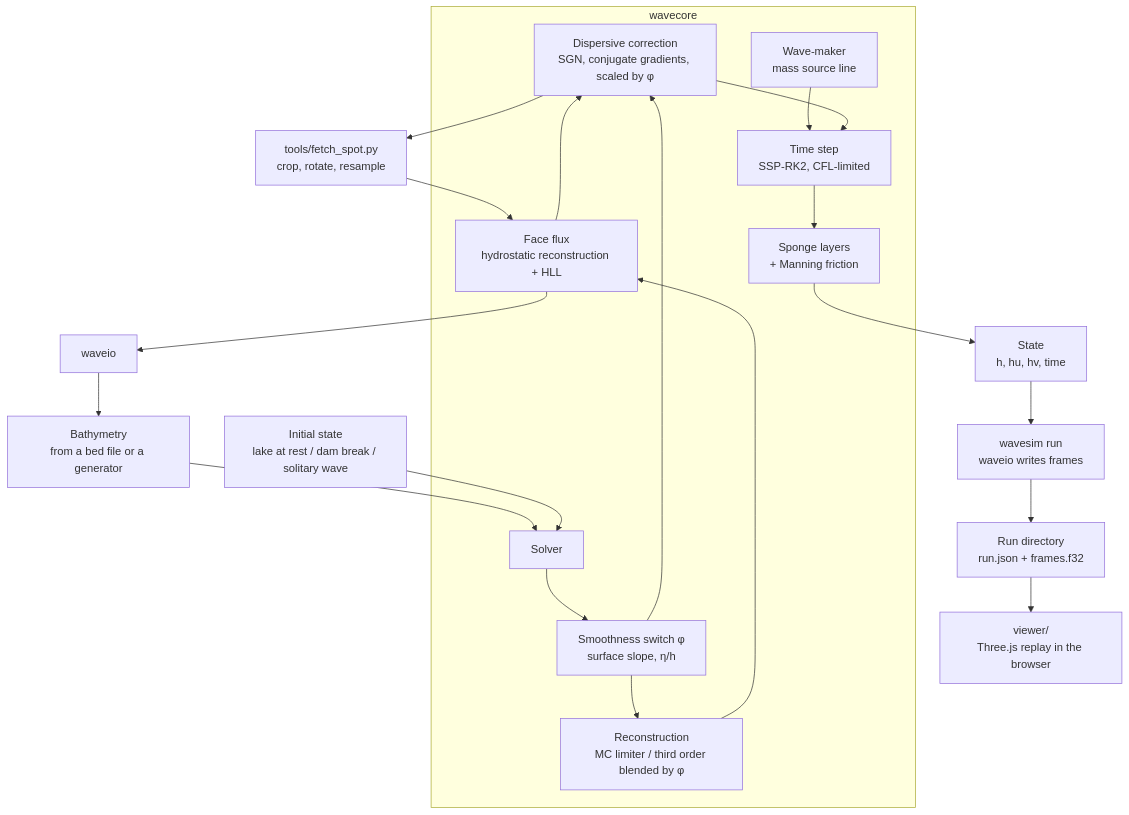
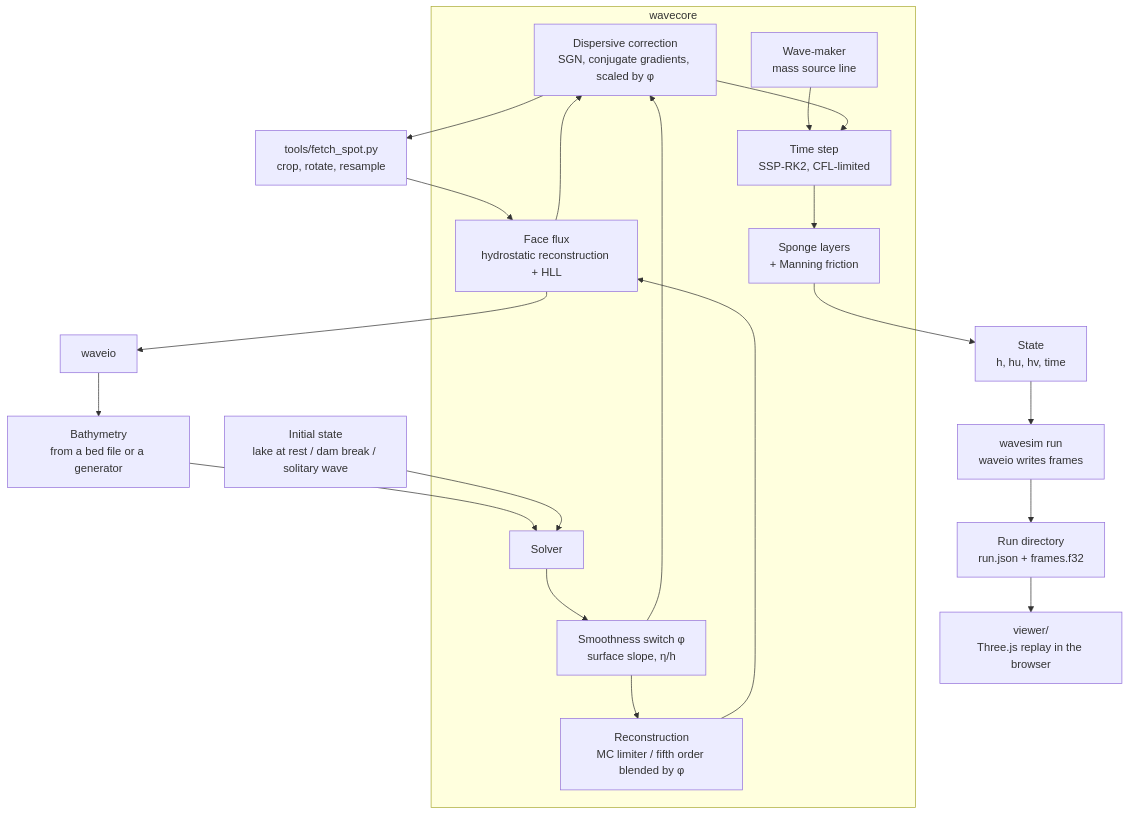
One commit to mlaegn/wavesim changed the diagram in README.md. Above: the diagram before and after it, drawn with Mermaid. The commit also changed other lines of this file and 21 other files, not shown here.

Commit message:
Guard runs against long CPU use, fifth-order reconstruction, two-grid runs

````diff
--- a/README.md
+++ b/README.md
@@ -56,23 +56,23 @@
 ```mermaid
 graph TD
     G[Remote GeoTIFF<br/>NOAA CUDEM] --> T[tools/fetch_spot.py<br/>crop, rotate, resample]
     T --> F[Bed file<br/>JSON + f32]
     F --> IO[waveio]
     IO --> B
     B[Bathymetry<br/>from a bed file or a generator] --> S
     I[Initial state<br/>lake at rest / dam break / solitary wave] --> S
     subgraph wavecore
         S[Solver] --> P[Smoothness switch φ<br/>surface slope, η/h]
-        P --> M[Reconstruction<br/>MC limiter / third order blended by φ]
+        P --> M[Reconstruction<br/>MC limiter / fifth order blended by φ]
         M --> F[Face flux<br/>hydrostatic reconstruction + HLL]
         F --> G[Dispersive correction<br/>SGN, conjugate gradients, scaled by φ]
         P --> G
         W[Wave-maker<br/>mass source line] --> U
         G --> U[Time step<br/>SSP-RK2, CFL-limited]
         U --> D[Sponge layers<br/>+ Manning friction]
     end
     D --> R[State<br/>h, hu, hv, time]
     R --> C[wavesim run<br/>waveio writes frames]
     C --> O[Run directory<br/>run.json + frames.f32]
     O --> V[viewer/<br/>Three.js replay in the browser]
 ```
````
